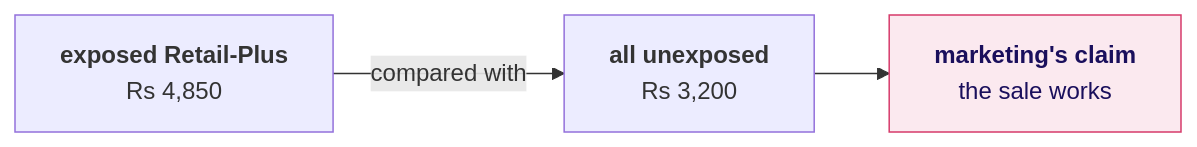
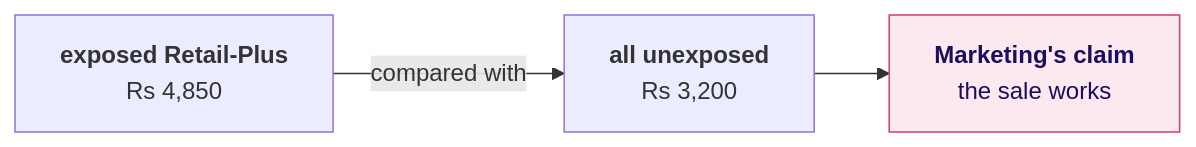
Diagram 11 of 15 in content/W01/D4/slides/C2_W01_D04_half2_STUDENT.md (fde-academy-lab/c2-content-factory), drawn with Mermaid before and after one commit. The commit also changed other lines of this file and 13 other files, not shown here.

````diff
--- a/content/W01/D4/slides/C2_W01_D04_half2_STUDENT.md
+++ b/content/W01/D4/slides/C2_W01_D04_half2_STUDENT.md
@@ -247,7 +424,7 @@
 ```mermaid
 flowchart LR
     A["<b>exposed Retail-Plus</b><br/>Rs 4,850"] -->|"compared with"| B["<b>all unexposed</b><br/>Rs 3,200"]
-    B --> C["<b>marketing's claim</b><br/>the sale works"]
+    B --> C["<b>Marketing's claim</b><br/>the sale works"]
     classDef bad fill:#FBE9EF,stroke:#D63A6A,color:#1A0F5C
     class C bad
 ```
````
